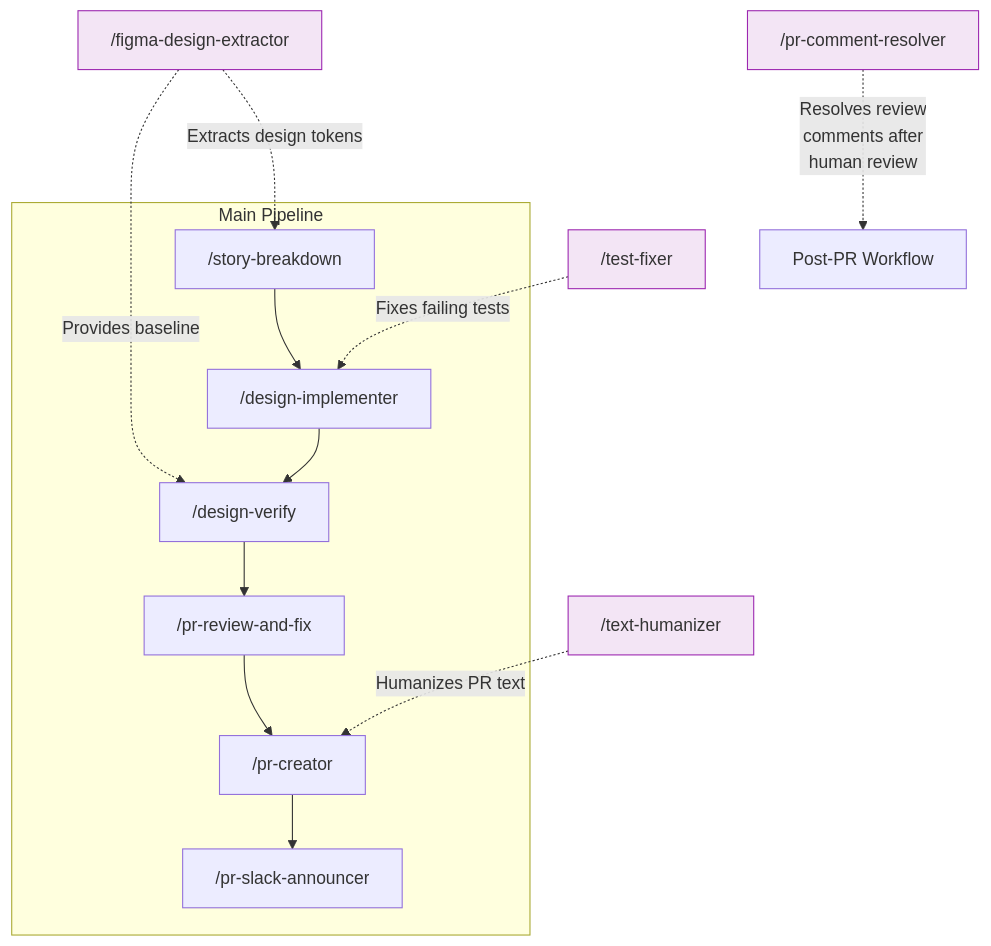
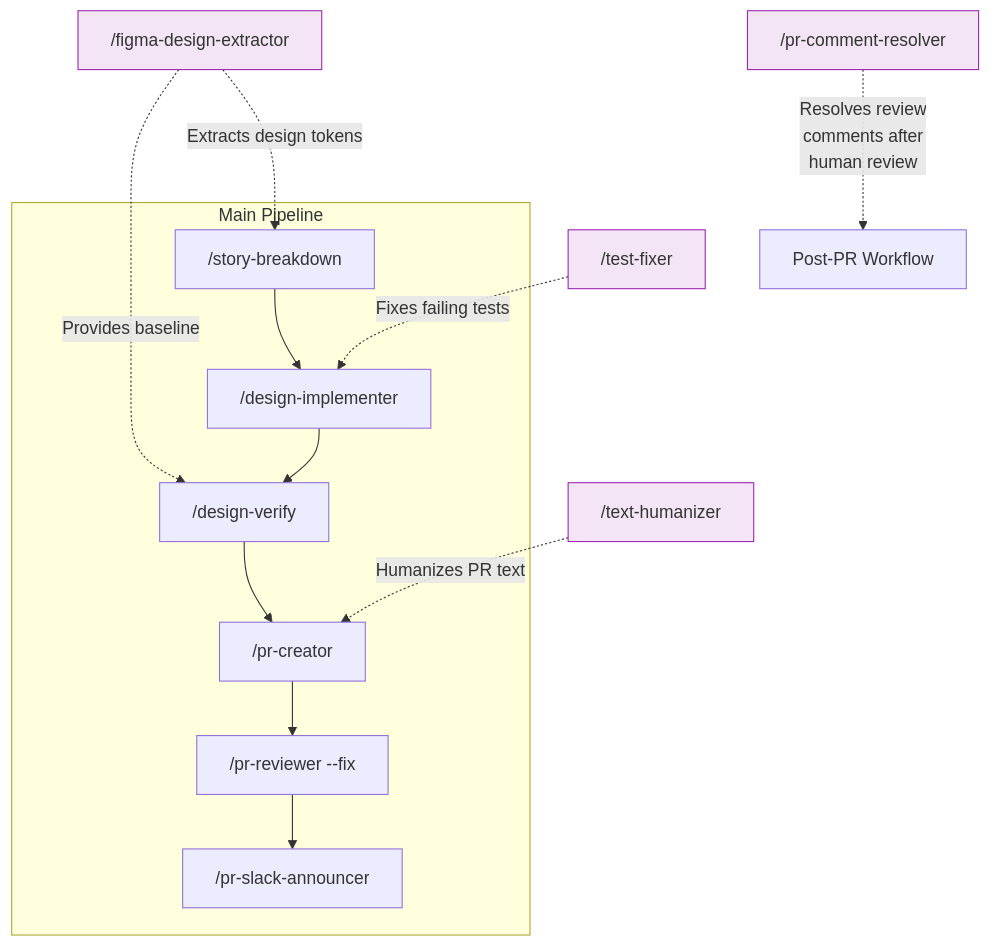
Diagram 14 of 17 in docs/development-workflow.md (karanivincent/claude-code-tools), drawn with Mermaid before and after one commit. The commit also changed other lines of this file, not shown here.

First line of the commit message:
docs: rename /pr-review-and-fix to /pr-reviewer --fix and fix the pipeline order (#19)

````diff
--- a/docs/development-workflow.md
+++ b/docs/development-workflow.md
@@ -427,23 +467,23 @@
 ```mermaid
 flowchart TD
     subgraph "Main Pipeline"
         SB["/story-breakdown"] --> DI["/design-implementer"]
         DI --> DV["/design-verify"]
-        DV --> PRF["/pr-review-and-fix"]
-        PRF --> PRC["/pr-creator"]
-        PRC --> PSA["/pr-slack-announcer"]
+        DV --> PRC["/pr-creator"]
+        PRC --> PRR["/pr-reviewer --fix"]
+        PRR --> PSA["/pr-slack-announcer"]
     end
 
     FDE["/figma-design-extractor"] -.->|"Extracts design tokens"| SB
     FDE -.->|"Provides baseline"| DV
 
     TF["/test-fixer"] -.->|"Fixes failing tests"| DI
     TH["/text-humanizer"] -.->|"Humanizes PR text"| PRC
 
     PCR["/pr-comment-resolver"] -.->|"Resolves review<br/>comments after<br/>human review"| DONE["Post-PR Workflow"]
 
     style FDE fill:#F3E5F5,stroke:#9C27B0
     style TF fill:#F3E5F5,stroke:#9C27B0
     style TH fill:#F3E5F5,stroke:#9C27B0
     style PCR fill:#F3E5F5,stroke:#9C27B0
 ```
````
